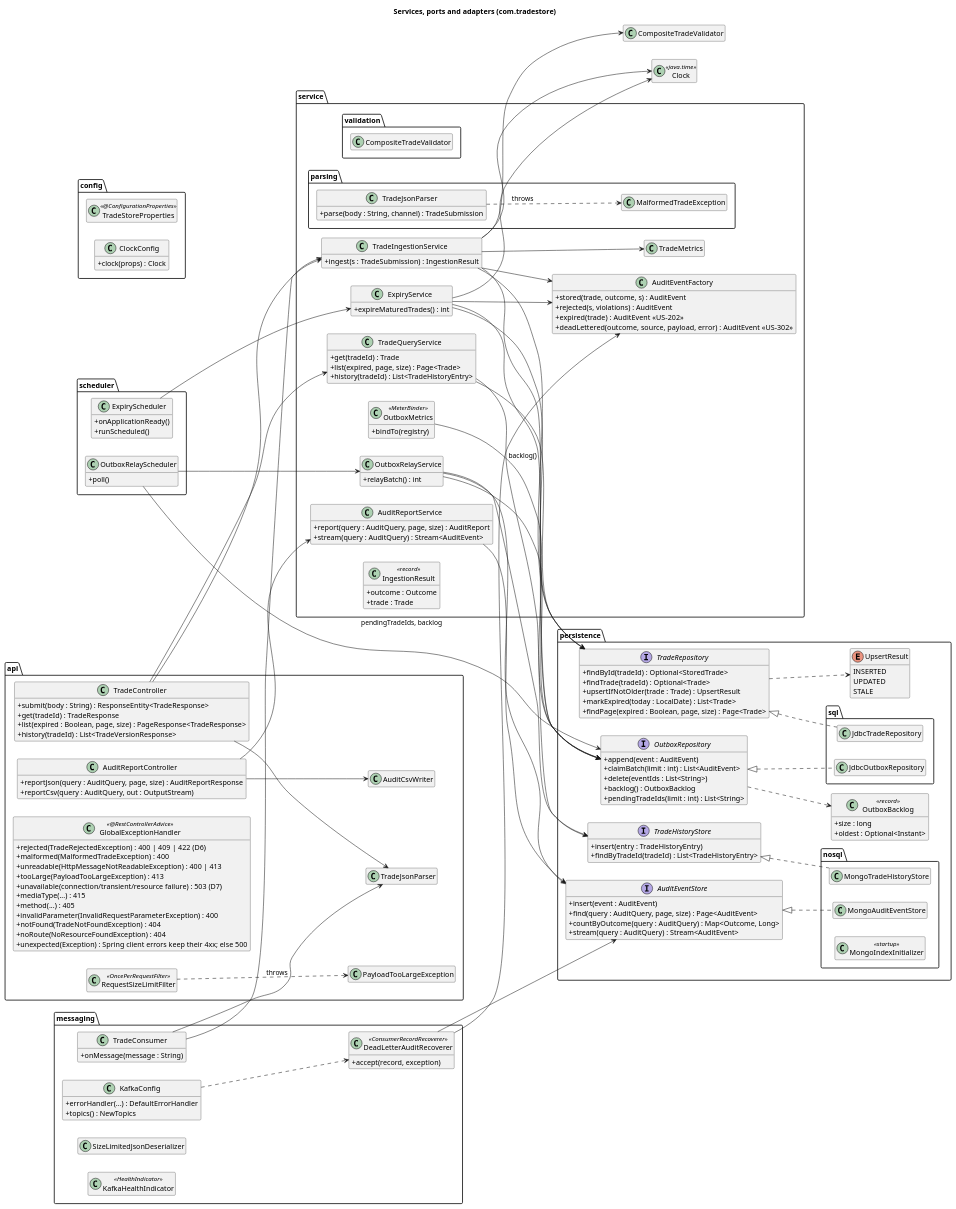
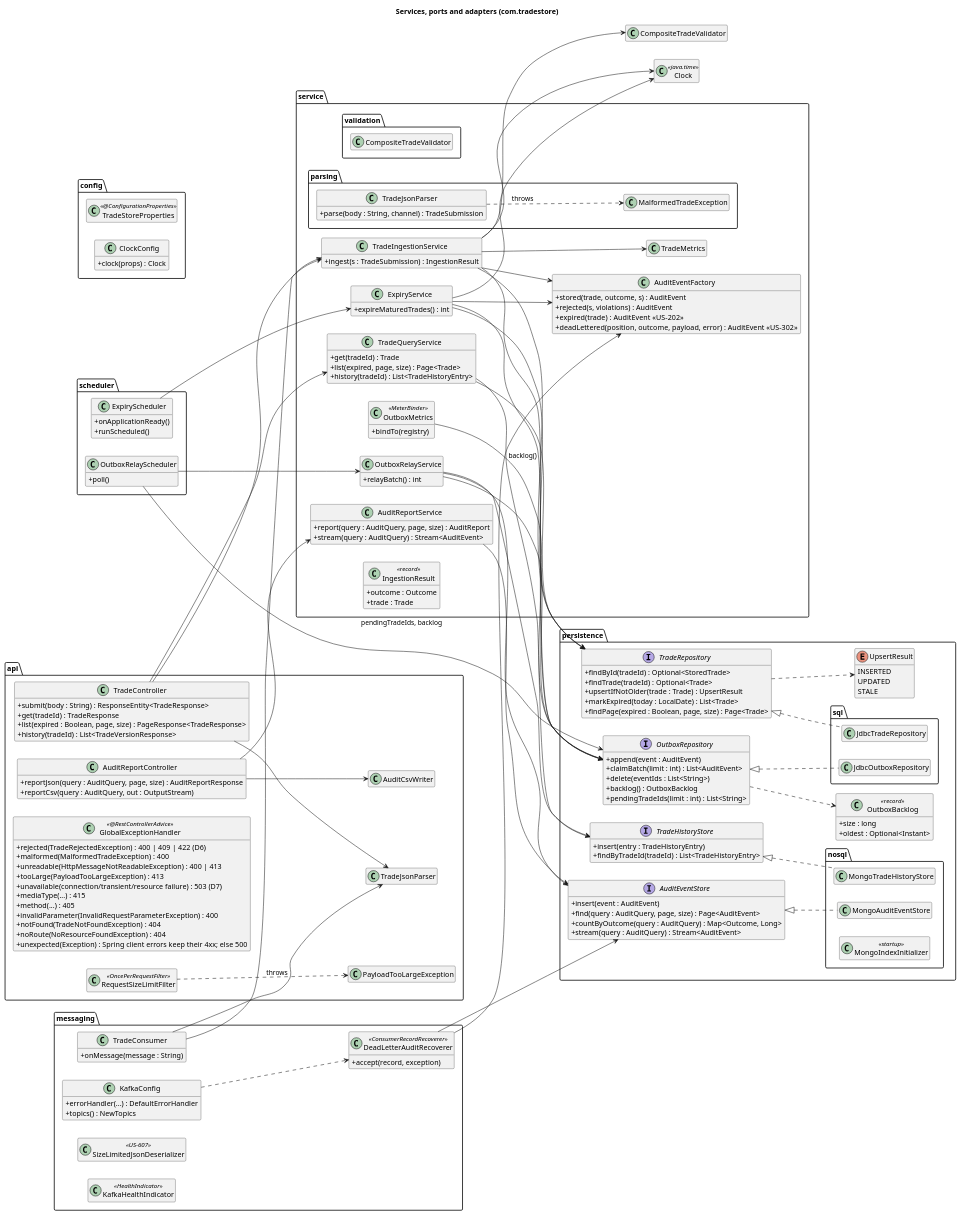
One commit to kuldipkumar/Trade-store changed the diagram in docs/diagrams/05-class-components.puml. Above: the diagram before and after it, drawn with PlantUML. The commit also changed 8 other files, not shown here.

Commit message:
docs: US-302 LLD, class and stream sequence diagrams match the code; test review; PROMPTS

```diff
--- a/docs/diagrams/05-class-components.puml
+++ b/docs/diagrams/05-class-components.puml
@@ -44,7 +44,7 @@
     + errorHandler(...) : DefaultErrorHandler
     + topics() : NewTopics
   }
-  class SizeLimitedJsonDeserializer
+  class SizeLimitedJsonDeserializer <<US-607>>
   class DeadLetterAuditRecoverer <<ConsumerRecordRecoverer>> {
     + accept(record, exception)
   }
@@ -74,7 +74,7 @@
     + stored(trade, outcome, s) : AuditEvent
     + rejected(s, violations) : AuditEvent
     + expired(trade) : AuditEvent  <<US-202>>
-    + deadLettered(outcome, source, payload, error) : AuditEvent  <<US-302>>
+    + deadLettered(position, outcome, payload, error) : AuditEvent  <<US-302>>
   }
   class TradeMetrics
   class OutboxMetrics <<MeterBinder>> {
```
